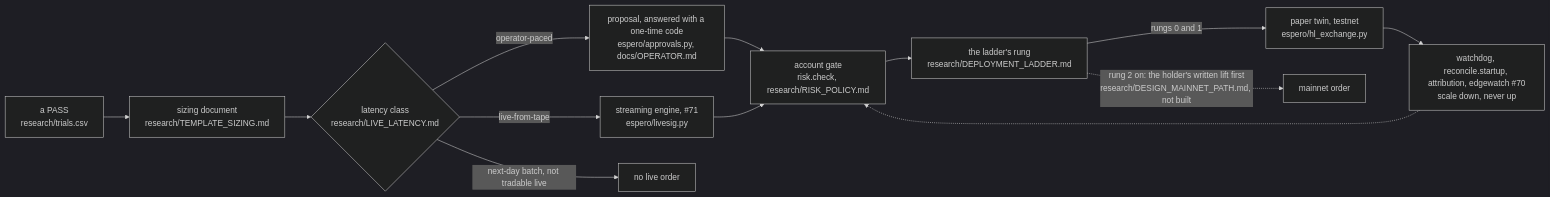
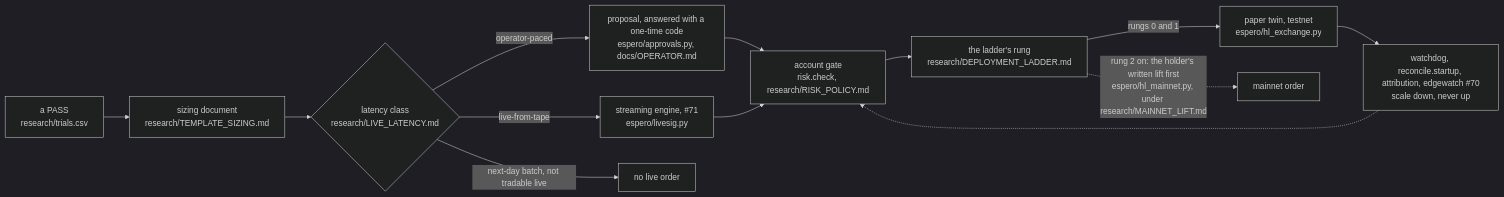
One commit to 7rido/espero changed the second of 2 diagrams in docs/HOW_IT_WORKS.md. Above: the diagram before and after it, drawn with Mermaid (dark theme). The commit also changed other lines of this file and 11 other files, not shown here.

````diff
--- a/docs/HOW_IT_WORKS.md
+++ b/docs/HOW_IT_WORKS.md
@@ -66,15 +68,15 @@
 ```mermaid
 flowchart LR
     V["a PASS<br/>research/trials.csv"] --> Z["sizing document<br/>research/TEMPLATE_SIZING.md"]
     Z --> C{"latency class<br/>research/LIVE_LATENCY.md"}
     C -->|operator-paced| P["proposal, answered with a one-time code<br/>espero/approvals.py, docs/OPERATOR.md"]
     C -->|live-from-tape| E["streaming engine, #71<br/>espero/livesig.py"]
     C -->|next-day batch, not tradable live| X[no live order]
     P --> G["account gate<br/>risk.check, research/RISK_POLICY.md"]
     E --> G
     G --> R["the ladder's rung<br/>research/DEPLOYMENT_LADDER.md"]
     R -->|rungs 0 and 1| T["paper twin, testnet<br/>espero/hl_exchange.py"]
-    R -.->|"rung 2 on: the holder's written lift first<br/>research/DESIGN_MAINNET_PATH.md, not built"| M[mainnet order]
+    R -.->|"rung 2 on: the holder's written lift first<br/>espero/hl_mainnet.py, under research/MAINNET_LIFT.md"| M[mainnet order]
     T --> W["watchdog, reconcile.startup, attribution, edgewatch #70<br/>scale down, never up"]
     W -.-> G
 ```
````
